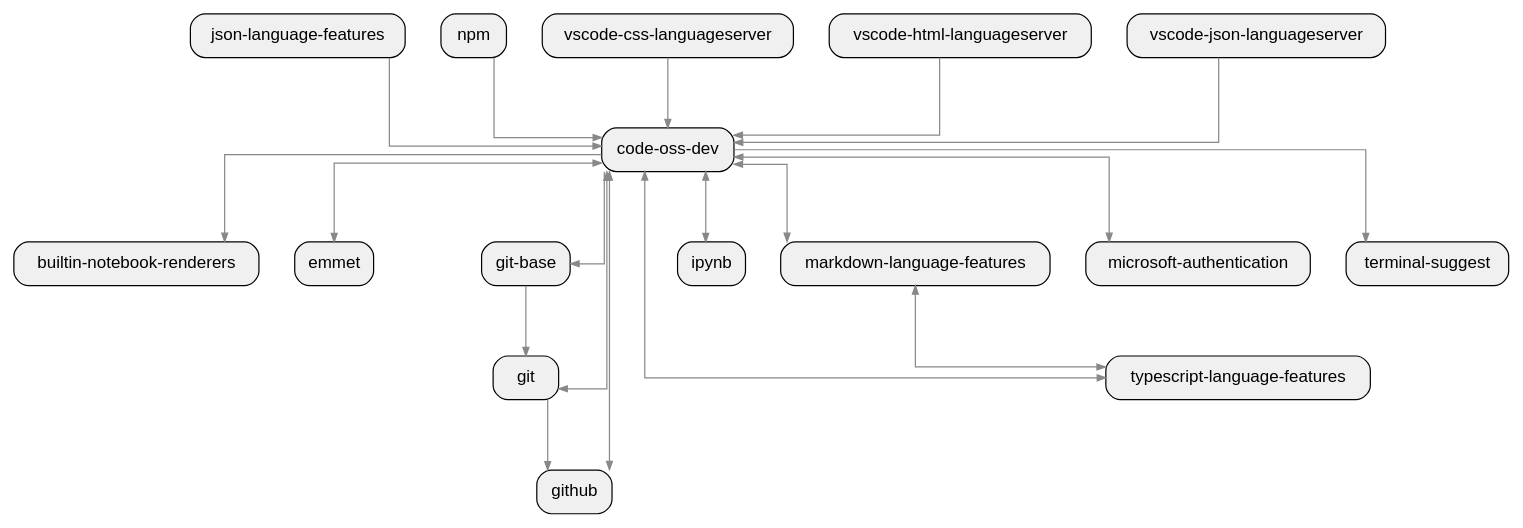
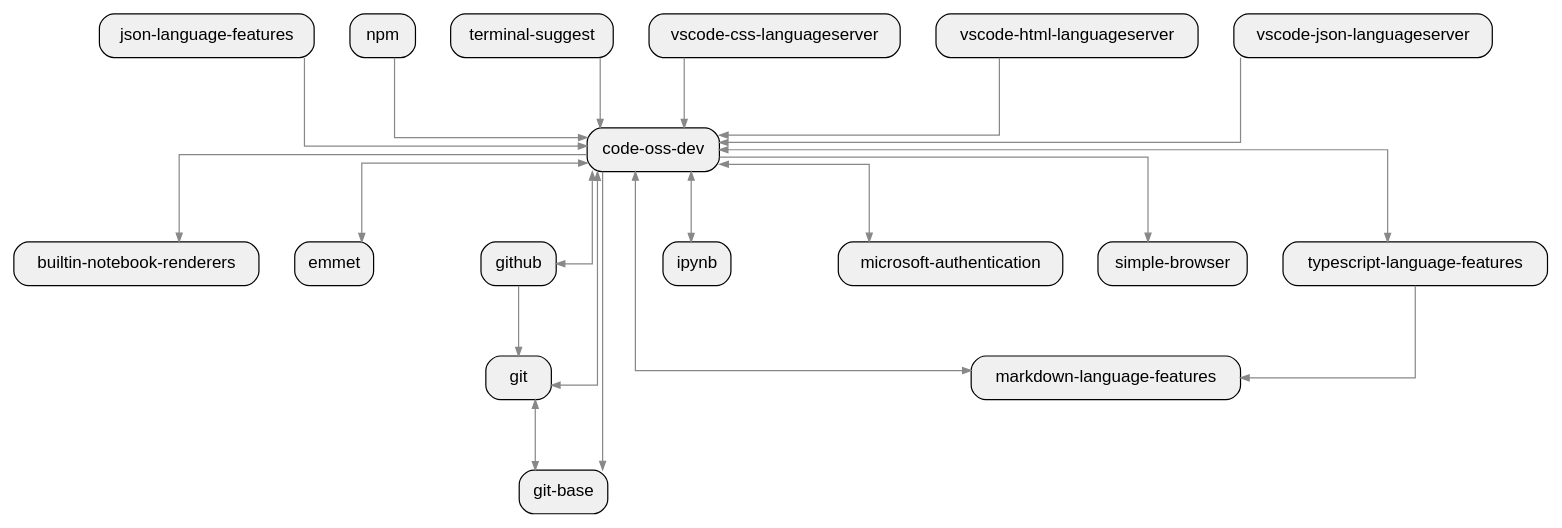
Before and after one commit to allenanswerzq/llmcc: the diagram in sample/typescript/vscode-pagerank/depth_1_crate.dot, drawn with Graphviz. The commit also changed 468 other files, not shown here.

```diff
--- a/sample/typescript/vscode-pagerank/depth_1_crate.dot
+++ b/sample/typescript/vscode-pagerank/depth_1_crate.dot
@@ -1,57 +1,59 @@
 digraph architecture {
   rankdir=TB;
   ranksep=0.8;
   nodesep=0.4;
   splines=ortho;
   concentrate=true;
 
   node [shape=box, style="rounded,filled", fillcolor="#f0f0f0", fontname="Helvetica"];
   edge [color="#888888", arrowsize=0.7];
 
   labelloc=t;
   fontsize=16;
 
   crate_builtin_notebook_renderers[label="builtin-notebook-renderers", path="/home/yibai/llmcc/sample/repos/vscode/extensions/notebook-renderers"];
   crate_code_oss_dev[label="code-oss-dev", path="/home/yibai/llmcc/sample/repos/vscode"];
   crate_emmet[label="emmet", path="/home/yibai/llmcc/sample/repos/vscode/extensions/emmet"];
   crate_git[label="git", path="/home/yibai/llmcc/sample/repos/vscode/extensions/git"];
   crate_git_base[label="git-base", path="/home/yibai/llmcc/sample/repos/vscode/extensions/git-base"];
   crate_github[label="github", path="/home/yibai/llmcc/sample/repos/vscode/extensions/github"];
   crate_ipynb[label="ipynb", path="/home/yibai/llmcc/sample/repos/vscode/extensions/ipynb"];
   crate_json_language_features[label="json-language-features", path="/home/yibai/llmcc/sample/repos/vscode/extensions/json-language-features"];
   crate_markdown_language_features[label="markdown-language-features", path="/home/yibai/llmcc/sample/repos/vscode/extensions/markdown-language-features"];
   crate_microsoft_authentication[label="microsoft-authentication", path="/home/yibai/llmcc/sample/repos/vscode/extensions/microsoft-authentication"];
   crate_npm[label="npm", path="/home/yibai/llmcc/sample/repos/vscode/extensions/npm"];
+  crate_simple_browser[label="simple-browser", path="/home/yibai/llmcc/sample/repos/vscode/extensions/simple-browser"];
   crate_terminal_suggest[label="terminal-suggest", path="/home/yibai/llmcc/sample/repos/vscode/extensions/terminal-suggest"];
   crate_typescript_language_features[label="typescript-language-features", path="/home/yibai/llmcc/sample/repos/vscode/extensions/typescript-language-features"];
   crate_vscode_css_languageserver[label="vscode-css-languageserver", path="/home/yibai/llmcc/sample/repos/vscode/extensions/css-language-features/server"];
   crate_vscode_html_languageserver[label="vscode-html-languageserver", path="/home/yibai/llmcc/sample/repos/vscode/extensions/html-language-features/server"];
   crate_vscode_json_languageserver[label="vscode-json-languageserver", path="/home/yibai/llmcc/sample/repos/vscode/extensions/json-language-features/server"];
 
   crate_code_oss_dev -> crate_builtin_notebook_renderers;
   crate_code_oss_dev -> crate_emmet;
   crate_code_oss_dev -> crate_git;
   crate_code_oss_dev -> crate_git_base;
   crate_code_oss_dev -> crate_github;
   crate_code_oss_dev -> crate_ipynb;
   crate_code_oss_dev -> crate_markdown_language_features;
   crate_code_oss_dev -> crate_microsoft_authentication;
-  crate_code_oss_dev -> crate_terminal_suggest;
+  crate_code_oss_dev -> crate_simple_browser;
   crate_code_oss_dev -> crate_typescript_language_features;
   crate_emmet -> crate_code_oss_dev;
   crate_git -> crate_code_oss_dev;
-  crate_git -> crate_github;
+  crate_git -> crate_git_base;
   crate_git_base -> crate_git;
   crate_github -> crate_code_oss_dev;
+  crate_github -> crate_git;
   crate_ipynb -> crate_code_oss_dev;
   crate_json_language_features -> crate_code_oss_dev;
   crate_markdown_language_features -> crate_code_oss_dev;
-  crate_markdown_language_features -> crate_typescript_language_features;
   crate_microsoft_authentication -> crate_code_oss_dev;
   crate_npm -> crate_code_oss_dev;
+  crate_terminal_suggest -> crate_code_oss_dev;
   crate_typescript_language_features -> crate_code_oss_dev;
   crate_typescript_language_features -> crate_markdown_language_features;
   crate_vscode_css_languageserver -> crate_code_oss_dev;
   crate_vscode_html_languageserver -> crate_code_oss_dev;
   crate_vscode_json_languageserver -> crate_code_oss_dev;
 }
```
